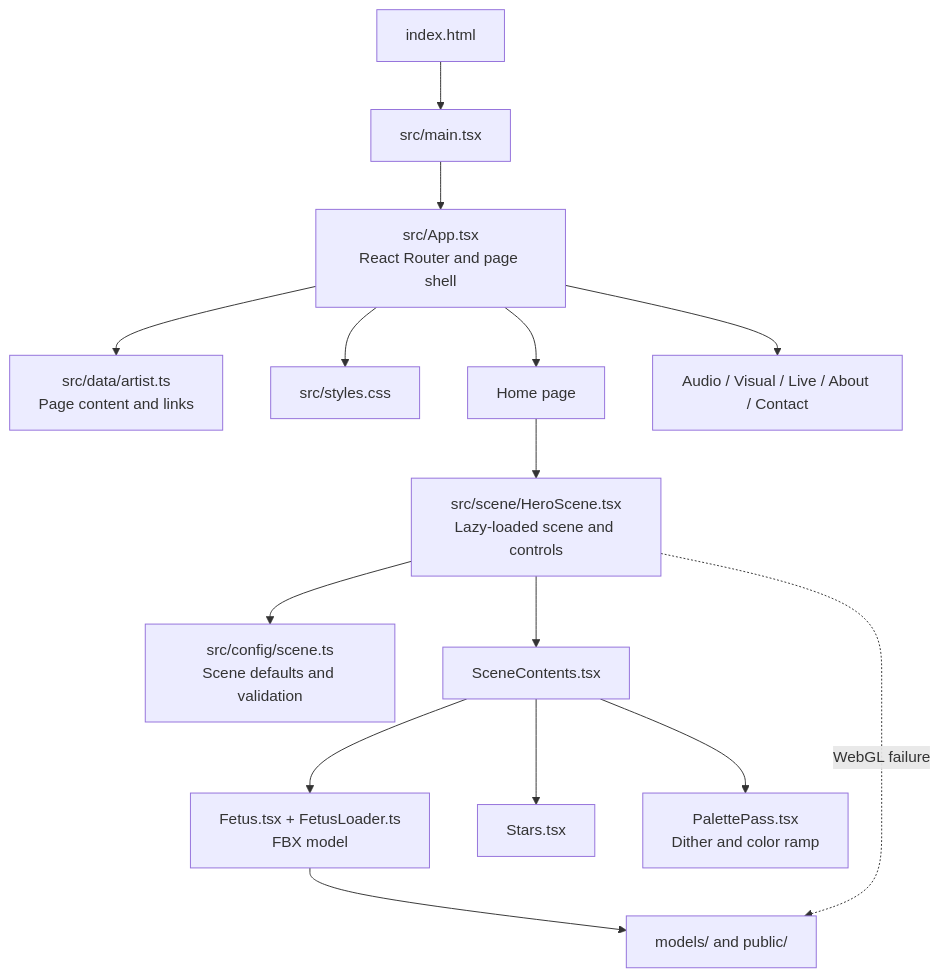
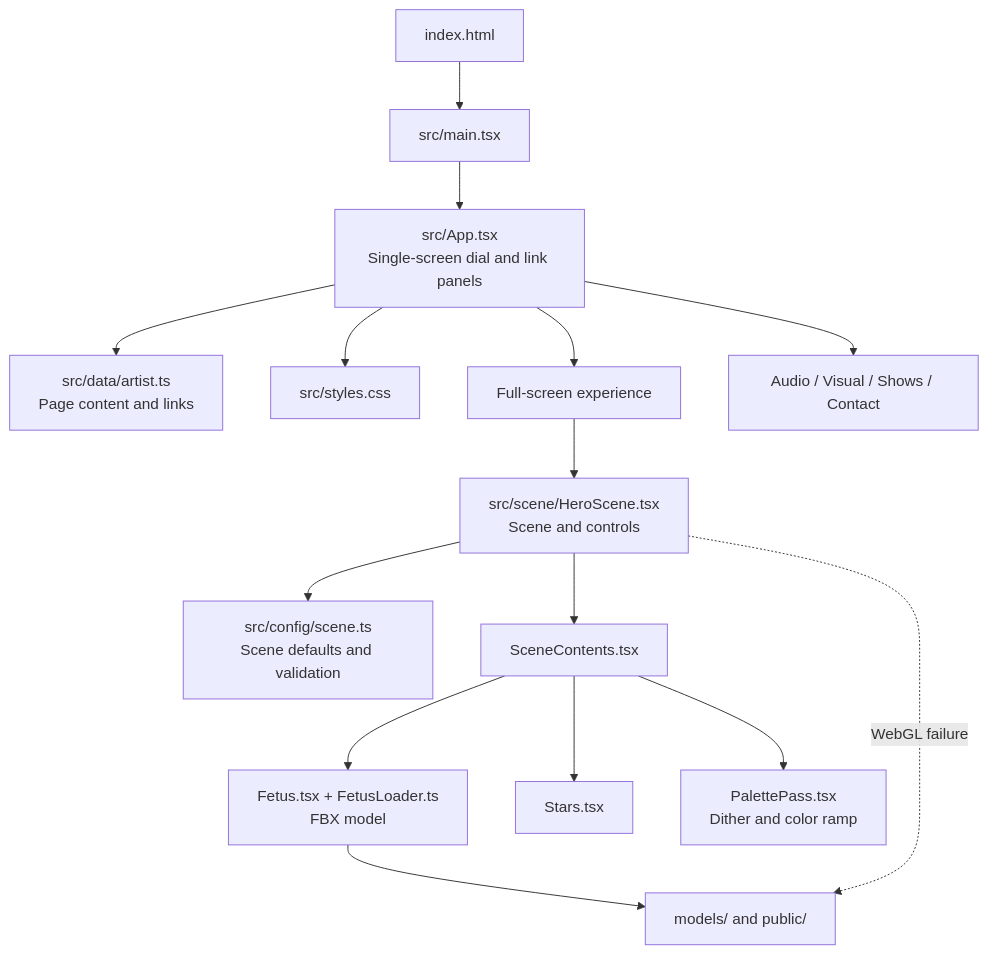
Before and after one commit to 25ohms/portfoliOHM: the diagram in README.md, drawn with Mermaid. The commit also changed other lines of this file and 12 other files, not shown here.

````diff
--- a/README.md
+++ b/README.md
@@ -32,31 +31,31 @@
 ```mermaid
 flowchart TD
     Browser[index.html]
     Entry[src/main.tsx]
-    App[src/App.tsx<br/>React Router and page shell]
+    App[src/App.tsx<br/>Single-screen dial and link panels]
     Content[src/data/artist.ts<br/>Page content and links]
     Styles[src/styles.css]
-    Home[Home page]
-    Routes[Audio / Visual / Live / About / Contact]
-    Hero[src/scene/HeroScene.tsx<br/>Lazy-loaded scene and controls]
+    Home[Full-screen experience]
+    Dial[Audio / Visual / Shows / Contact]
+    Hero[src/scene/HeroScene.tsx<br/>Scene and controls]
     Config[src/config/scene.ts<br/>Scene defaults and validation]
     Contents[SceneContents.tsx]
     Model[Fetus.tsx + FetusLoader.ts<br/>FBX model]
     Stars[Stars.tsx]
     Pass[PalettePass.tsx<br/>Dither and color ramp]
     Assets[models/ and public/]
 
     Browser --> Entry --> App
     App --> Content
     App --> Styles
     App --> Home
-    App --> Routes
+    App --> Dial
     Home --> Hero
     Hero --> Config
     Hero --> Contents
     Contents --> Model
     Contents --> Stars
     Contents --> Pass
     Model --> Assets
     Hero -. WebGL failure .-> Assets
 ```
````
